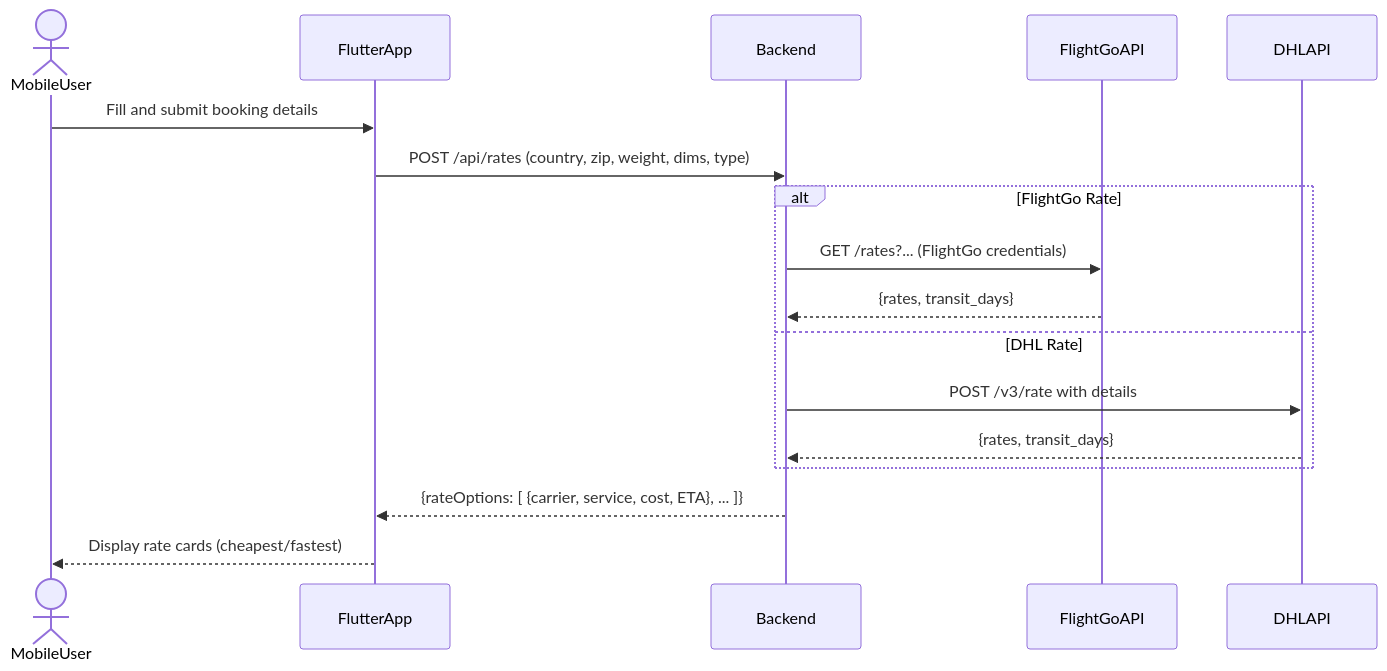
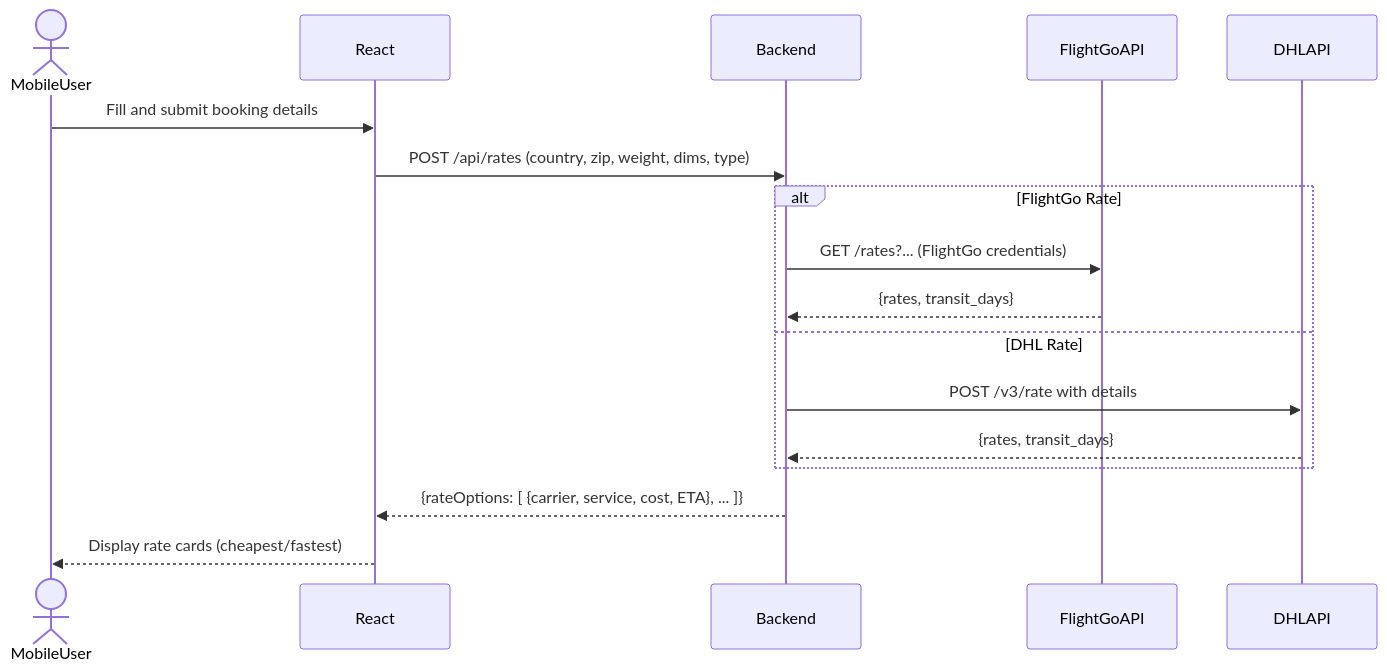
The second of 3 diagrams in deep-research-report.md (KapilDevPal/Shipping-Booking-Counter), drawn with Mermaid before and after one commit. The commit also changed other lines of this file and 17 other files, not shown here.

````diff
--- a/deep-research-report.md
+++ b/deep-research-report.md
@@ -194,19 +194,19 @@
 ```mermaid
 sequenceDiagram
     actor MobileUser
-    participant FlutterApp
+    participant React
     participant Backend
     participant FlightGoAPI
     participant DHLAPI
-    MobileUser->>FlutterApp: Fill and submit booking details
-    FlutterApp->>Backend: POST /api/rates (country, zip, weight, dims, type)
+    MobileUser->>React: Fill and submit booking details
+    React->>Backend: POST /api/rates (country, zip, weight, dims, type)
     alt FlightGo Rate
         Backend->>FlightGoAPI: GET /rates?... (FlightGo credentials)
         FlightGoAPI-->>Backend: {rates, transit_days}
     else DHL Rate
         Backend->>DHLAPI: POST /v3/rate with details
         DHLAPI-->>Backend: {rates, transit_days}
     end
-    Backend-->>FlutterApp: {rateOptions: [ {carrier, service, cost, ETA}, ... ]}
-    FlutterApp-->>MobileUser: Display rate cards (cheapest/fastest)
+    Backend-->>React: {rateOptions: [ {carrier, service, cost, ETA}, ... ]}
+    React-->>MobileUser: Display rate cards (cheapest/fastest)
 ```
````
